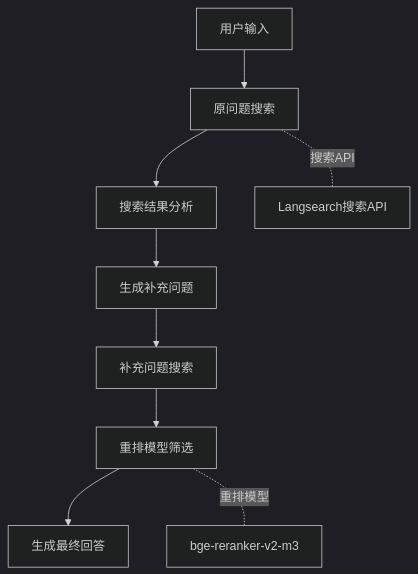
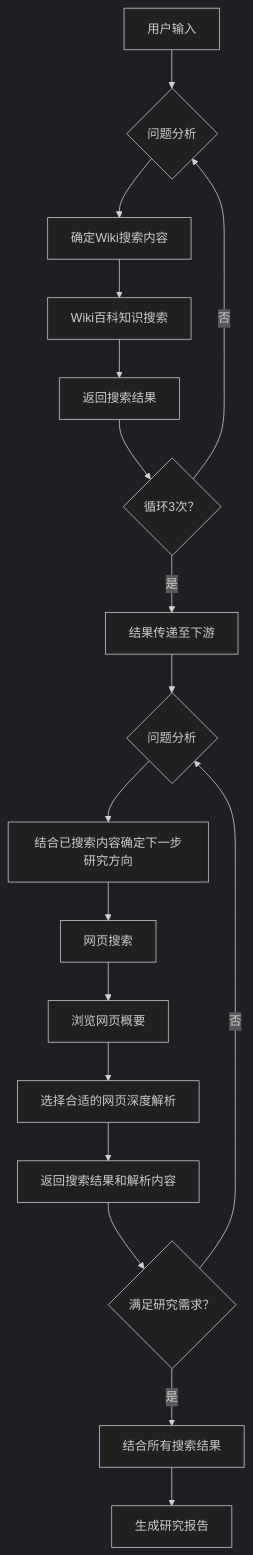
Before and after one commit to HONGHUTECHNOLOGY/Proton-AI: the third of 3 diagrams in README.md, drawn with Mermaid (dark theme). The commit also changed other lines of this file, not shown here.

````diff
--- a/README.md
+++ b/README.md
@@ -135,19 +137,20 @@
 ```mermaid
-graph TD
-    A[用户输入] --> B[原问题搜索]
-    B --> C[搜索结果分析]
-    C --> D[生成补充问题]
-    D --> E[补充问题搜索]
-    E --> F[重排模型筛选]
-    F --> G[生成最终回答]
-
-    %% 节点分类
-    class A input
-    class B,C,E,F process
-    class D special
-    class G output
-
-    %% 技术标注
-    B:::process -.- |搜索API| Langsearch搜索API
-    F:::process -.- |重排模型| bge-reranker-v2-m3
+flowchart TD
+    A[用户输入] --> B{问题分析}
+    B --> C[确定Wiki搜索内容]
+    C --> D[Wiki百科知识搜索]
+    D --> E[返回搜索结果]
+    E --> F{循环3次？}
+    F -->|否| B
+    F -->|是| G[结果传递至下游]
+    G --> H{问题分析}
+    H --> I[结合已搜索内容确定下一步研究方向]
+    I --> J[网页搜索]
+    J --> K[浏览网页概要]
+    K --> L[选择合适的网页深度解析]
+    L --> M[返回搜索结果和解析内容]
+    M --> N{满足研究需求？}
+    N -->|否| H
+    N -->|是| O[结合所有搜索结果]
+    O --> P[生成研究报告]
 ```
````
